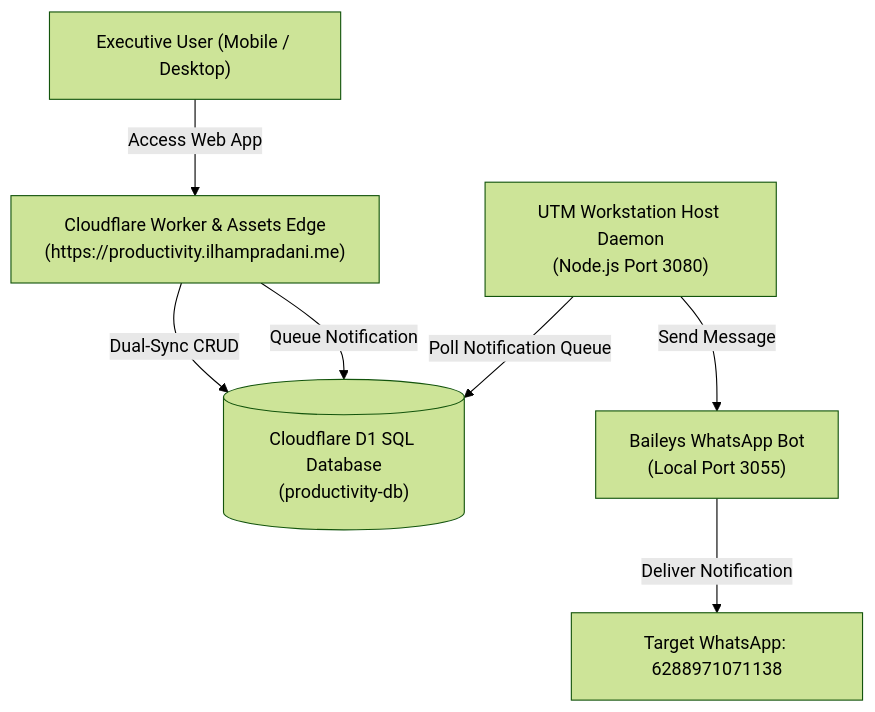
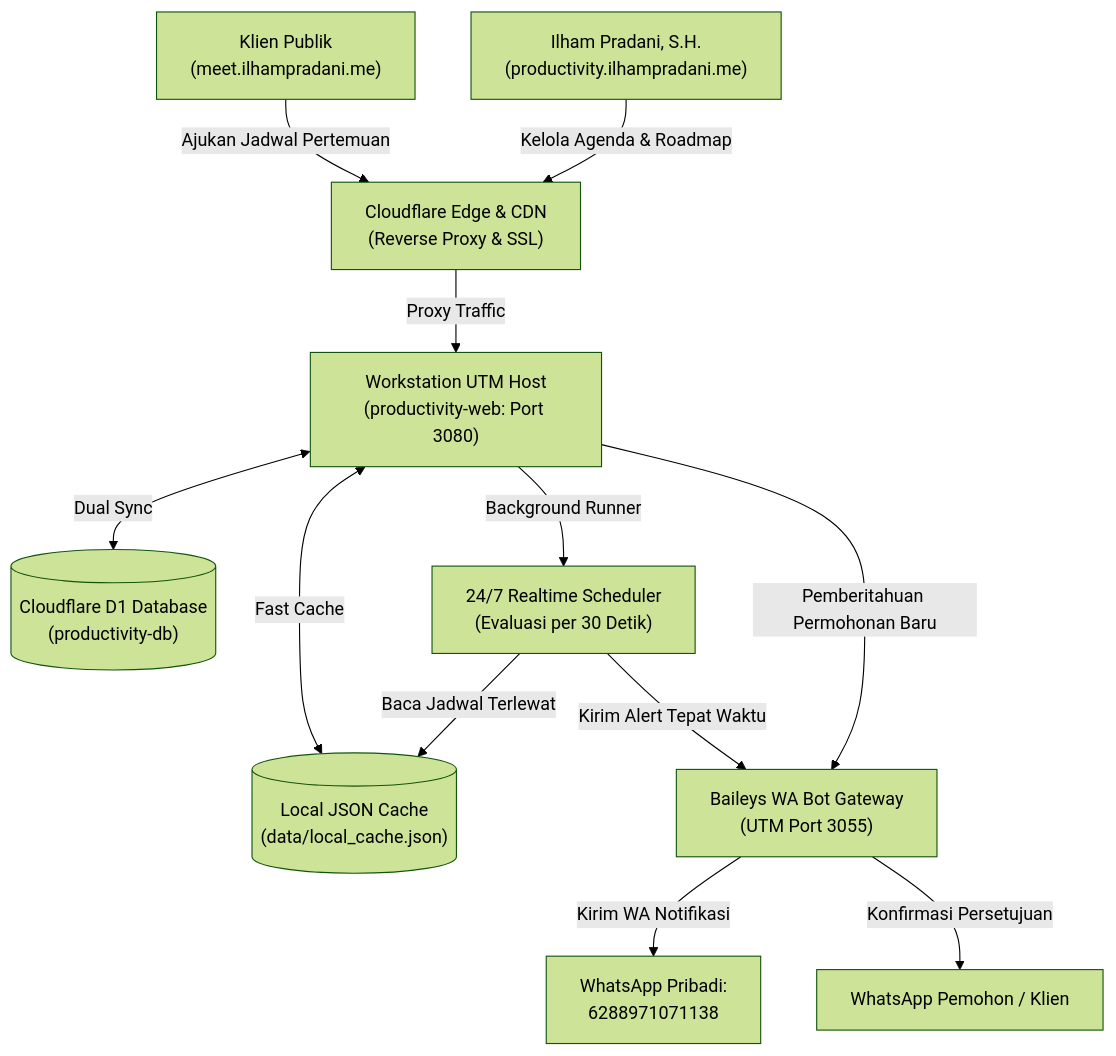
The diagram in README.md (ilhampradani8-bot/productivity), drawn with Mermaid (forest theme) before and after one commit. The commit also changed other lines of this file and 3 other files, not shown here.

````diff
--- a/README.md
+++ b/README.md
@@ -39,16 +62,31 @@
 ```mermaid
 graph TD
-    User["Executive User (Mobile / Desktop)"]
-    CFWorker["Cloudflare Worker & Assets Edge\n(https://productivity.ilhampradani.me)"]
-    CFD1[("Cloudflare D1 SQL Database\n(productivity-db)")]
-    UTMHost["UTM Workstation Host Daemon\n(Node.js Port 3080)"]
-    WABot["Baileys WhatsApp Bot\n(Local Port 3055)"]
-    Phone["Target WhatsApp: 6288971071138"]
+    Client["Klien Publik\n(meet.ilhampradani.me)"]
+    Admin["Ilham Pradani, S.H.\n(productivity.ilhampradani.me)"]
+    
+    CFEdge["Cloudflare Edge & CDN\n(Reverse Proxy & SSL)"]
+    CFD1[("Cloudflare D1 Database\n(productivity-db)")]
+    
+    UTMHost["Workstation UTM Host\n(productivity-web: Port 3080)"]
+    Scheduler["24/7 Realtime Scheduler\n(Evaluasi per 30 Detik)"]
+    LocalCache[("Local JSON Cache\n(data/local_cache.json)")]
+    
+    WABot["Baileys WA Bot Gateway\n(UTM Port 3055)"]
+    AdminWA["WhatsApp Pribadi:\n6288971071138"]
+    ClientWA["WhatsApp Pemohon / Klien"]
 
-    User -->|Access Web App| CFWorker
-    CFWorker -->|Dual-Sync CRUD| CFD1
-    CFWorker -->|Queue Notification| CFD1
-    UTMHost -->|Poll Notification Queue| CFD1
-    UTMHost -->|Send Message| WABot
-    WABot -->|Deliver Notification| Phone
+    Client -->|Ajukan Jadwal Pertemuan| CFEdge
+    Admin -->|Kelola Agenda & Roadmap| CFEdge
+    
+    CFEdge -->|Proxy Traffic| UTMHost
+    UTMHost <-->|Dual Sync| CFD1
+    UTMHost <-->|Fast Cache| LocalCache
+    
+    UTMHost -->|Background Runner| Scheduler
+    Scheduler -->|Baca Jadwal Terlewat| LocalCache
+    Scheduler -->|Kirim Alert Tepat Waktu| WABot
+    
+    UTMHost -->|Pemberitahuan Permohonan Baru| WABot
+    WABot -->|Kirim WA Notifikasi| AdminWA
+    WABot -->|Konfirmasi Persetujuan| ClientWA
 ```
````
